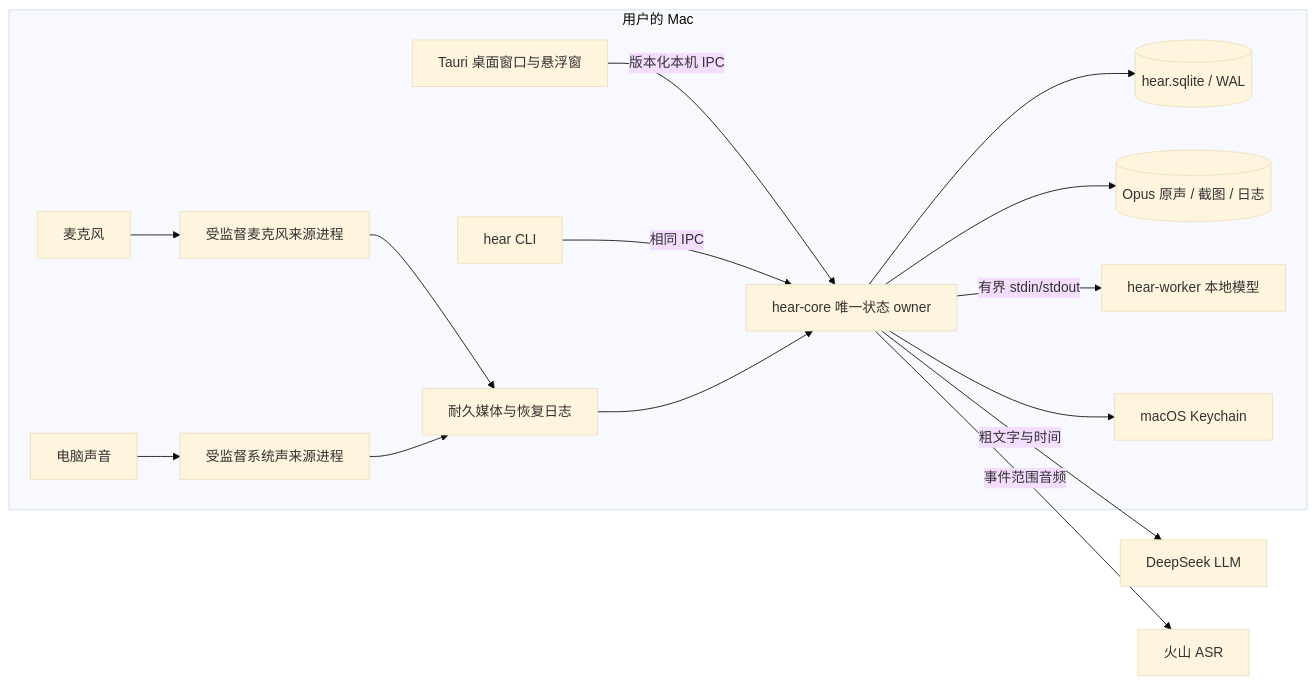
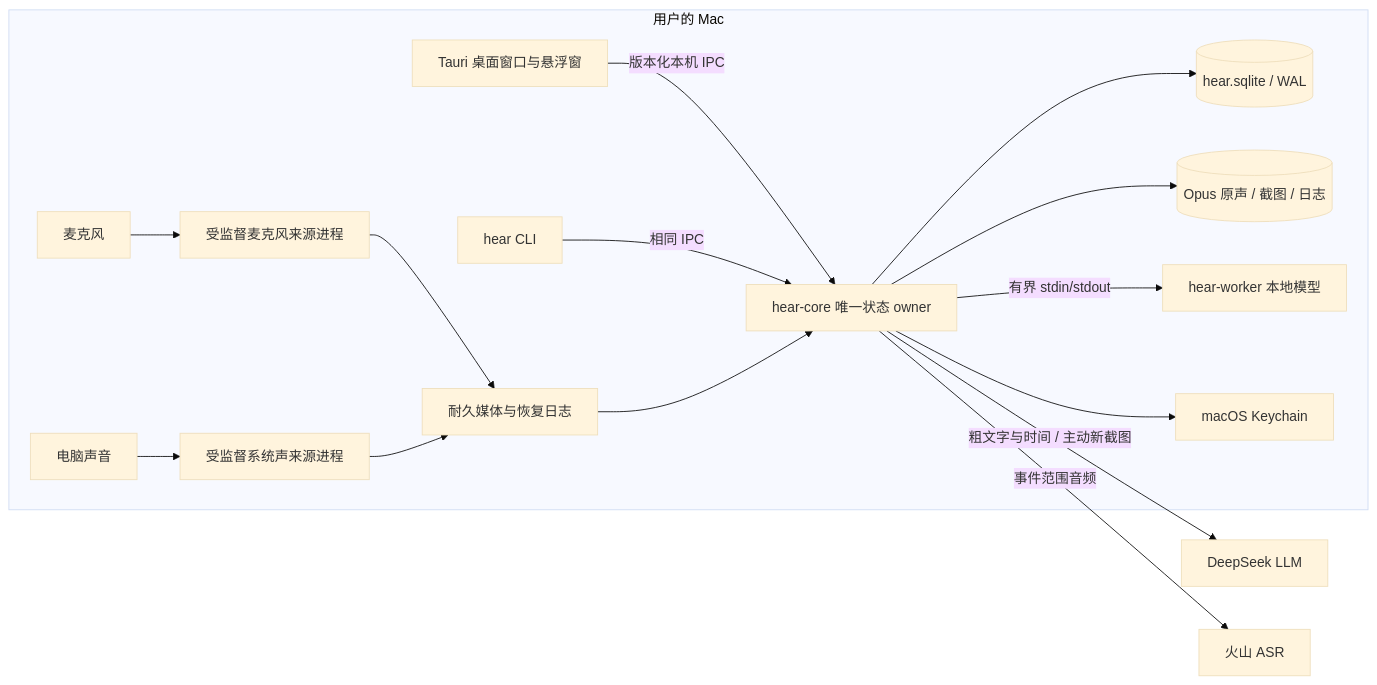
Before and after one commit to hAcKlyc/loppi: the first of 2 diagrams in specs/ARCHITECTURE.md, drawn with Mermaid (base theme). The commit also changed other lines of this file and 17 other files, not shown here.

````diff
--- a/specs/ARCHITECTURE.md
+++ b/specs/ARCHITECTURE.md
@@ -7,18 +7,18 @@
 ```mermaid
 flowchart LR
   subgraph Mac[用户的 Mac]
     UI[Tauri 桌面窗口与悬浮窗] -->|版本化本机 IPC| Core[hear-core 唯一状态 owner]
     CLI[hear CLI] -->|相同 IPC| Core
     MIC[麦克风] --> CaptureMic[受监督麦克风来源进程]
     SYS[电脑声音] --> CaptureSys[受监督系统声来源进程]
     CaptureMic --> Journal[耐久媒体与恢复日志]
     CaptureSys --> Journal
     Journal --> Core
     Core --> DB[(hear.sqlite / WAL)]
     Core --> Files[(Opus 原声 / 截图 / 日志)]
     Core -->|有界 stdin/stdout| Worker[hear-worker 本地模型]
     Core --> KC[macOS Keychain]
   end
-  Core -->|粗文字与时间| LLM[DeepSeek LLM]
+  Core -->|粗文字与时间 / 主动新截图| LLM[DeepSeek LLM]
   Core -->|事件范围音频| ASR[火山 ASR]
 ```
````
